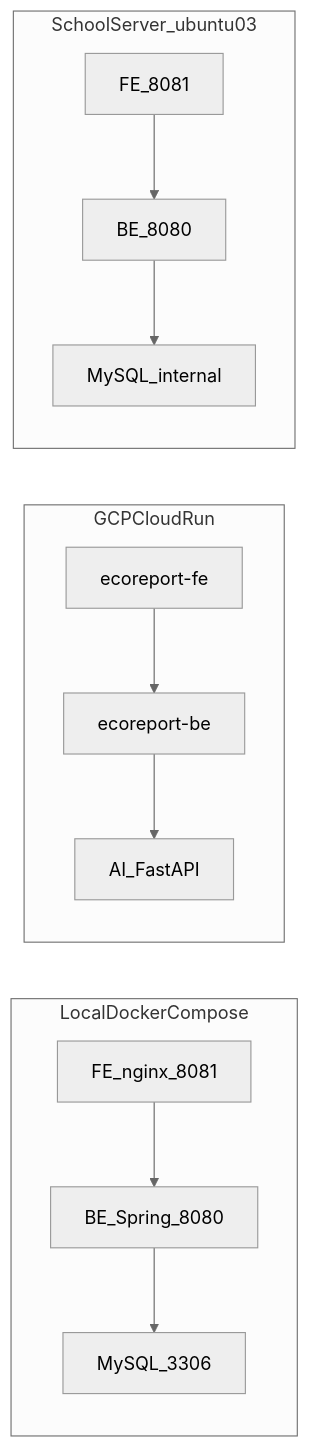
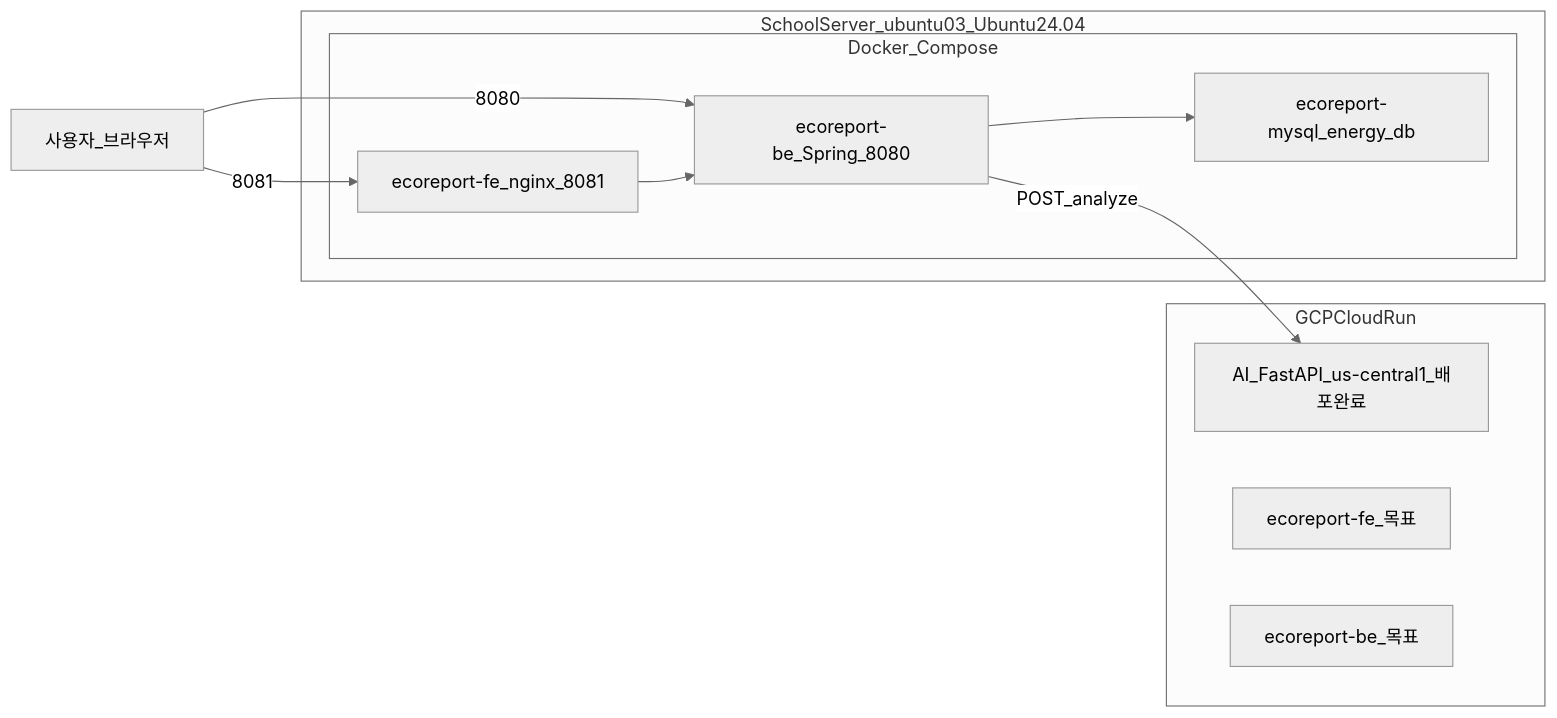
One commit to ravenkim/sundry_study changed the fifth of 5 diagrams in docs/최종 제안서/6_시스템구조.md. Above: the diagram before and after it, drawn with Mermaid (neutral theme). The commit also changed other lines of this file and 30 other files, not shown here.

````diff
--- a/docs/최종 제안서/6_시스템구조.md
+++ b/docs/최종 제안서/6_시스템구조.md
@@ -197,27 +251,22 @@
 ```mermaid
 flowchart LR
-  subgraph local [LocalDockerCompose]
-    FE8081[FE_nginx_8081]
-    BE8080[BE_Spring_8080]
-    MySQL3306[MySQL_3306]
+  subgraph school [SchoolServer_ubuntu03_Ubuntu24.04]
+    subgraph docker [Docker_Compose]
+      FE8081[ecoreport-fe_nginx_8081]
+      BE8080[ecoreport-be_Spring_8080]
+      MySQL3306[ecoreport-mysql_energy_db]
+    end
   end
 
   subgraph gcp [GCPCloudRun]
-    CR_FE[ecoreport-fe]
-    CR_BE[ecoreport-be]
-    CR_AI[AI_FastAPI]
+    CR_AI[AI_FastAPI_us-central1_배포완료]
+    CR_FE[ecoreport-fe_목표]
+    CR_BE[ecoreport-be_목표]
   end
 
-  subgraph school [SchoolServer_ubuntu03]
-    SchoolFE[FE_8081]
-    SchoolBE[BE_8080]
-    SchoolMySQL[MySQL_internal]
-  end
-
+  User[사용자_브라우저] -->|8081| FE8081
+  User -->|8080| BE8080
   FE8081 --> BE8080
   BE8080 --> MySQL3306
-  CR_FE --> CR_BE
-  CR_BE --> CR_AI
-  SchoolFE --> SchoolBE
-  SchoolBE --> SchoolMySQL
+  BE8080 -->|POST_analyze| CR_AI
 ```
````
